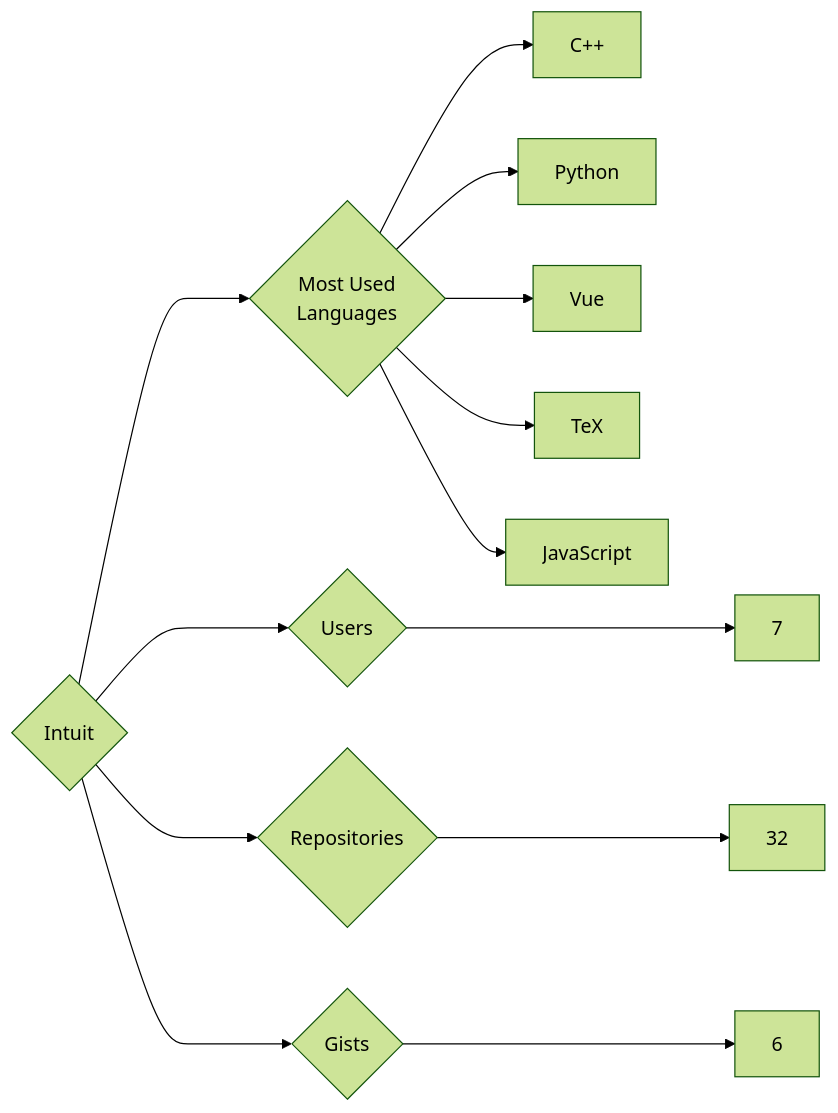
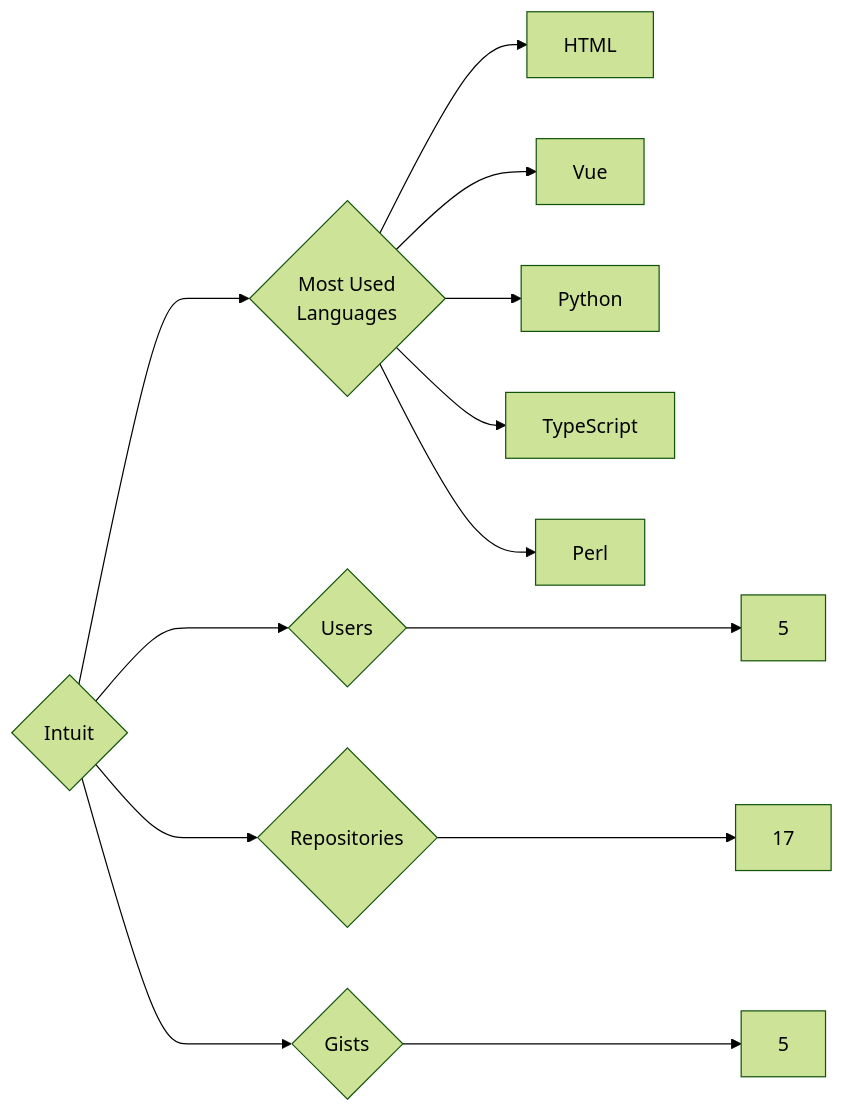
Before and after one commit to trickest/insiders: the diagram in targets/Intuit/README.md, drawn with Mermaid (forest theme). The commit also changed 1123 other files, not shown here.

````diff
--- a/targets/Intuit/README.md
+++ b/targets/Intuit/README.md
@@ -3,13 +3,13 @@
 ```mermaid
 graph LR
 COMPANY_NAME{Intuit}
-COMPANY_NAME ---> U{Users} ---> UN[7]
-COMPANY_NAME ---> R{Repositories} ---> RN[32]
-COMPANY_NAME ---> G{Gists} ---> GN[6]
+COMPANY_NAME ---> U{Users} ---> UN[5]
+COMPANY_NAME ---> R{Repositories} ---> RN[17]
+COMPANY_NAME ---> G{Gists} ---> GN[5]
 COMPANY_NAME ---> ML{Most Used<br>Languages}
-ML --> C++[C++]
+ML --> HTML[HTML]
+ML --> Vue[Vue]
 ML --> Python[Python]
-ML --> Vue[Vue]
-ML --> TeX[TeX]
-ML --> JavaScript[JavaScript]
+ML --> TypeScript[TypeScript]
+ML --> Perl[Perl]
 ```
````
